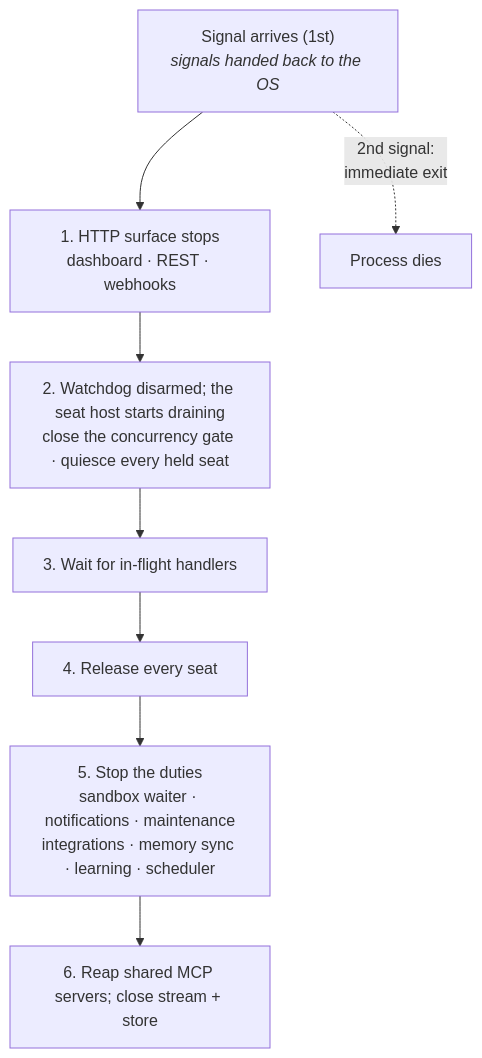
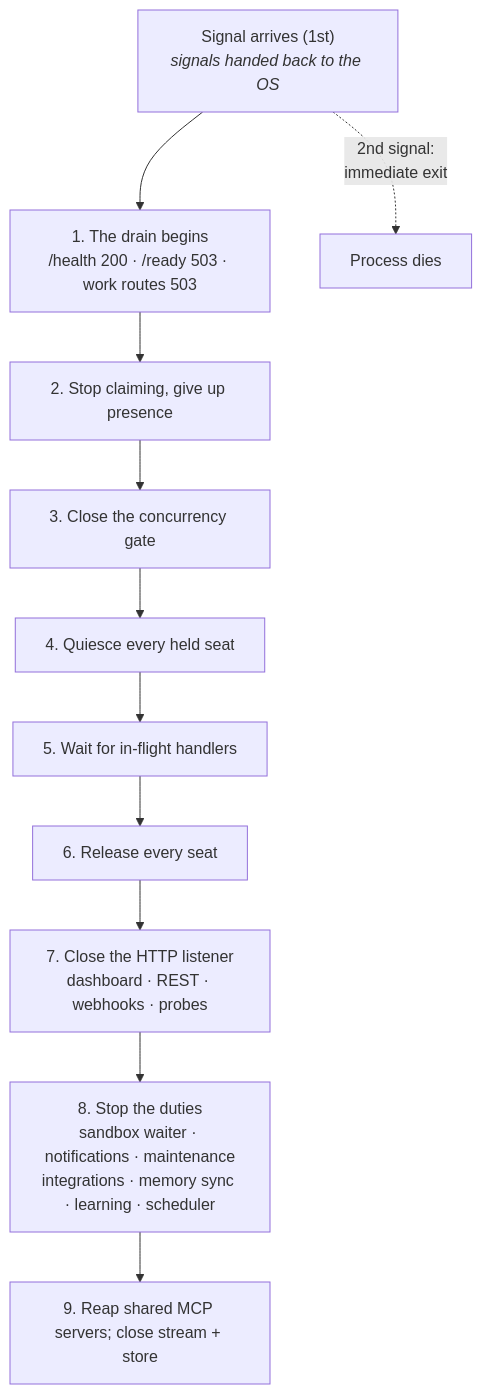
The fourth of 4 diagrams in docs/concepts/agent-runtime.md (crewlet/crewlet), drawn with Mermaid before and after one commit. The commit also changed other lines of this file and 9 other files, not shown here.

````diff
--- a/docs/concepts/agent-runtime.md
+++ b/docs/concepts/agent-runtime.md
@@ -240,11 +240,14 @@
 ```mermaid
 flowchart TD
-    SIG["Signal arrives (1st)<br/><i>signals handed back to the OS</i>"] --> S0
-    S0["1. HTTP surface stops<br/>dashboard · REST · webhooks"] --> S1
-    S1["2. Watchdog disarmed; the seat host starts draining<br/>close the concurrency gate · quiesce every held seat"] --> S2
-    S2["3. Wait for in-flight handlers"] --> S3
-    S3["4. Release every seat"] --> S4
-    S4["5. Stop the duties<br/>sandbox waiter · notifications · maintenance<br/>integrations · memory sync · learning · scheduler"] --> S5
-    S5["6. Reap shared MCP servers; close stream + store"]
+    SIG["Signal arrives (1st)<br/><i>signals handed back to the OS</i>"] --> S1
+    S1["1. The drain begins<br/>/health 200 · /ready 503 · work routes 503"] --> S2
+    S2["2. Stop claiming, give up presence"] --> S3
+    S3["3. Close the concurrency gate"] --> S4
+    S4["4. Quiesce every held seat"] --> S5
+    S5["5. Wait for in-flight handlers"] --> S6
+    S6["6. Release every seat"] --> S7
+    S7["7. Close the HTTP listener<br/>dashboard · REST · webhooks · probes"] --> S8
+    S8["8. Stop the duties<br/>sandbox waiter · notifications · maintenance<br/>integrations · memory sync · learning · scheduler"] --> S9
+    S9["9. Reap shared MCP servers; close stream + store"]
     SIG -.->|"2nd signal:<br/>immediate exit"| X["Process dies"]
 ```
````
